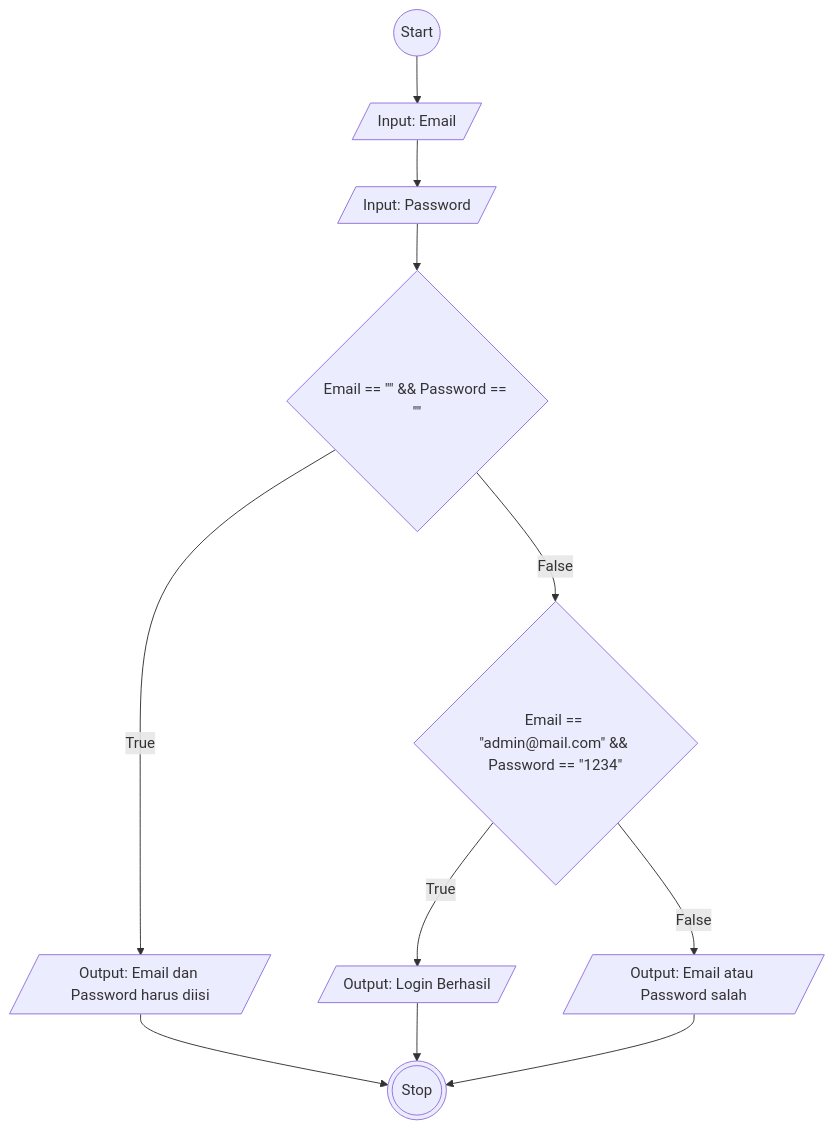
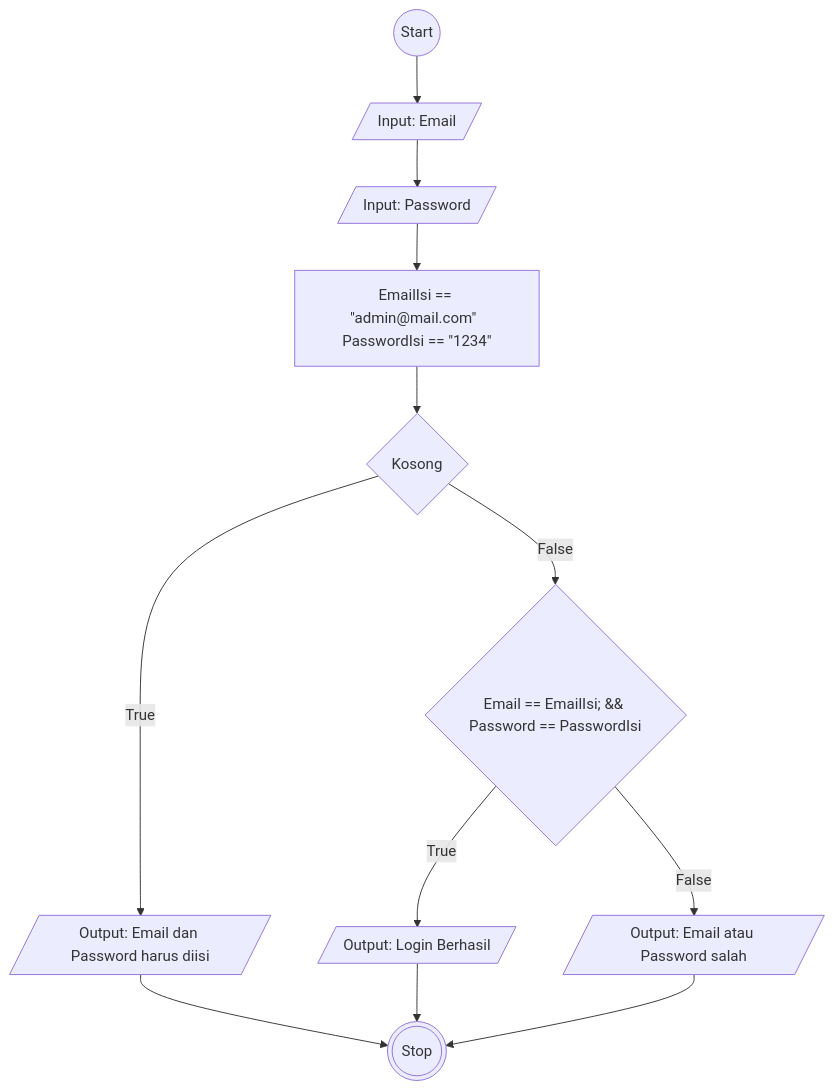
Before and after one commit to Vincentius31/koda-b6-algoritma: the diagram in flowchart-email-password.md, drawn with Mermaid.

````diff
--- a/flowchart-email-password.md
+++ b/flowchart-email-password.md
@@ -1,21 +1,22 @@
 ```mermaid
 flowchart TD
 id1(("Start"))
 idEmail[/"Input: Email"/]
 idPassword[/"Input: Password"/]
-id2{"Email == #quot;#quot; && Password == #quot;#quot;"}
+idSatuan["EmailIsi == #quot;admin@mail.com#quot;  PasswordIsi == #quot;1234#quot;"]
+id2{"Kosong"}
 output1[/"Output: Email dan Password harus diisi"/]
-id3{"Email == #quot;admin@mail.com#quot; && Password == #quot;1234#quot;"}
+id3{"Email == EmailIsi; && Password == PasswordIsi"}
 output2[/"Output: Login Berhasil"/]
 output3[/"Output: Email atau Password salah"/]
 id4(((Stop)))
 
-id1 --> idEmail --> idPassword --> id2
+id1 --> idEmail --> idPassword --> idSatuan --> id2
 id2 -- True --> output1
 id2 -- False --> id3
 id3 -- True --> output2
 id3 -- False --> output3
 output1 --> id4
 output2 --> id4
 output3 --> id4
 ```
````
